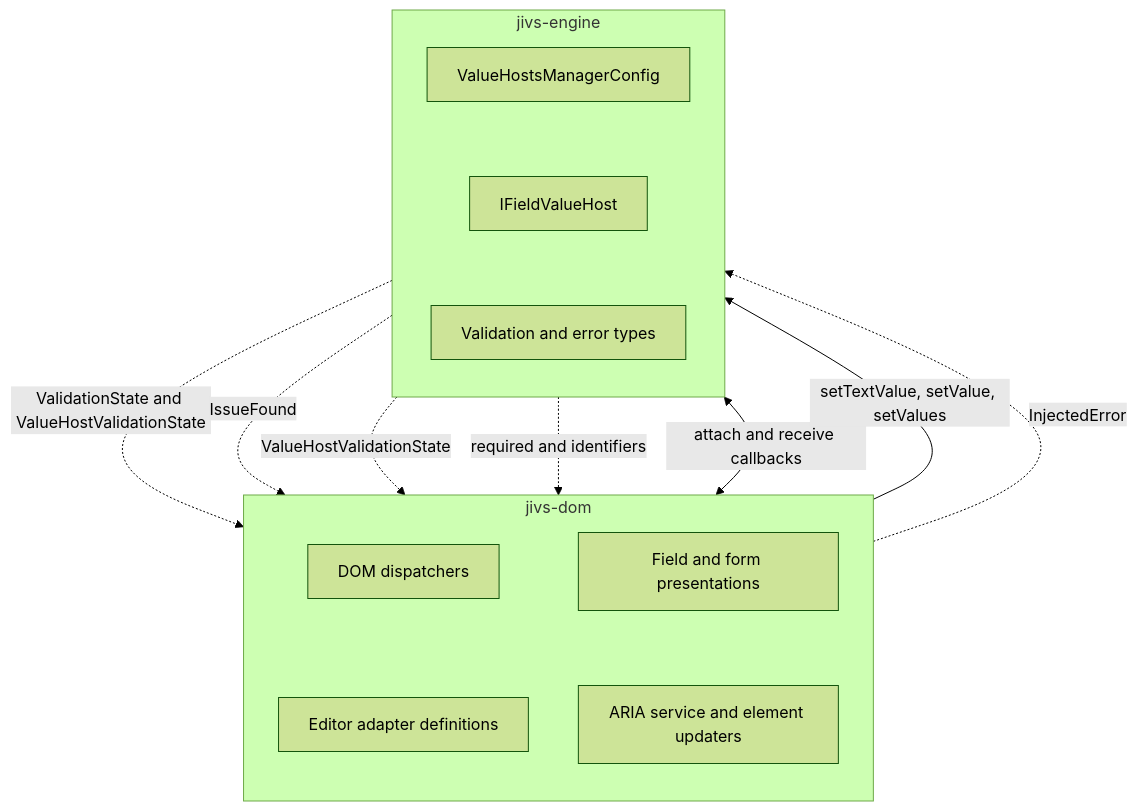
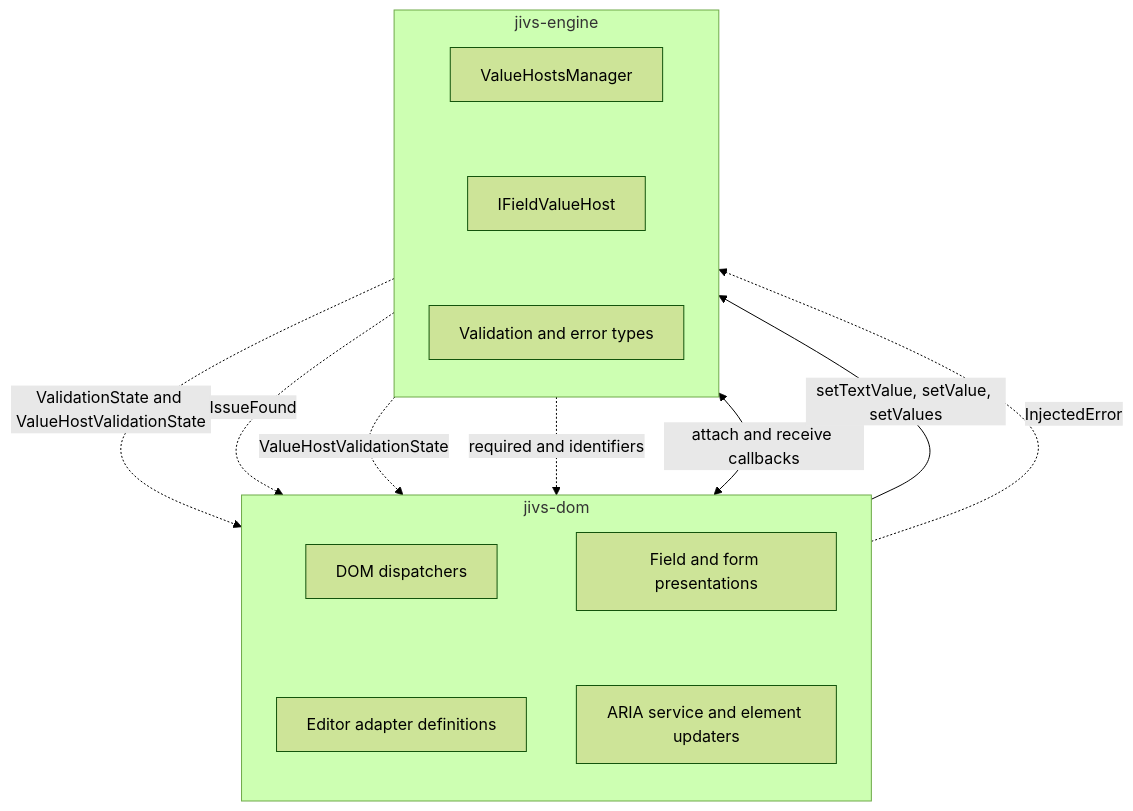
Before and after one commit to plblum/jivs: the first of 13 diagrams in planning/Jivs-DOM_Implementation_Design.md, drawn with Mermaid (forest theme). The commit also changed other lines of this file and 28 other files, not shown here.

````diff
--- a/planning/Jivs-DOM_Implementation_Design.md
+++ b/planning/Jivs-DOM_Implementation_Design.md
@@ -25,33 +25,33 @@
 ```mermaid
 flowchart TB
     subgraph DOM["jivs-dom"]
         direction TB
 
         DISPATCHERS["DOM dispatchers"]
         EDITORS["Editor adapter definitions"]
         PRESENTATIONS["Field and form presentations"]
         ARIA["ARIA service and element updaters"]
 
         DISPATCHERS ~~~ EDITORS
         PRESENTATIONS ~~~ ARIA
     end
 
     subgraph ENGINE["jivs-engine"]
         direction TB
 
-        CONFIG["ValueHostsManagerConfig"]
+        CONFIG["ValueHostsManager"]
         FIELD["IFieldValueHost"]
         TYPES["Validation and error types"]
 
         CONFIG ~~~ FIELD ~~~ TYPES
     end
 
     DISPATCHERS <-->|"attach and receive callbacks"| CONFIG
     EDITORS -->|"setTextValue, setValue, setValues"| FIELD
 
     TYPES -.->|"ValidationState and ValueHostValidationState"| DISPATCHERS
     TYPES -.->|"IssueFound"| PRESENTATIONS
     TYPES -.->|"ValueHostValidationState"| ARIA
     FIELD -.->|"required and identifiers"| ARIA
     EDITORS -.->|"InjectedError"| TYPES
 ```
````
